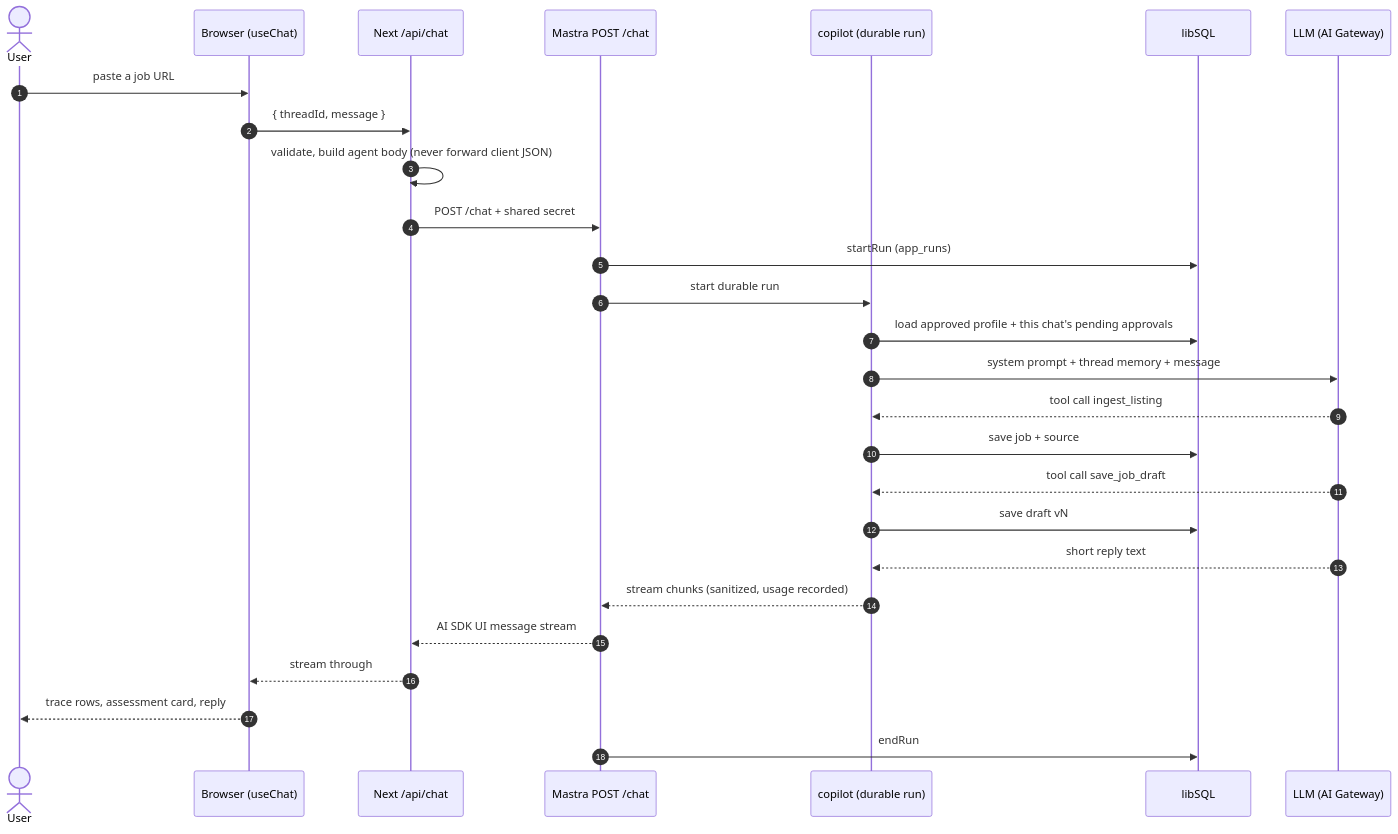
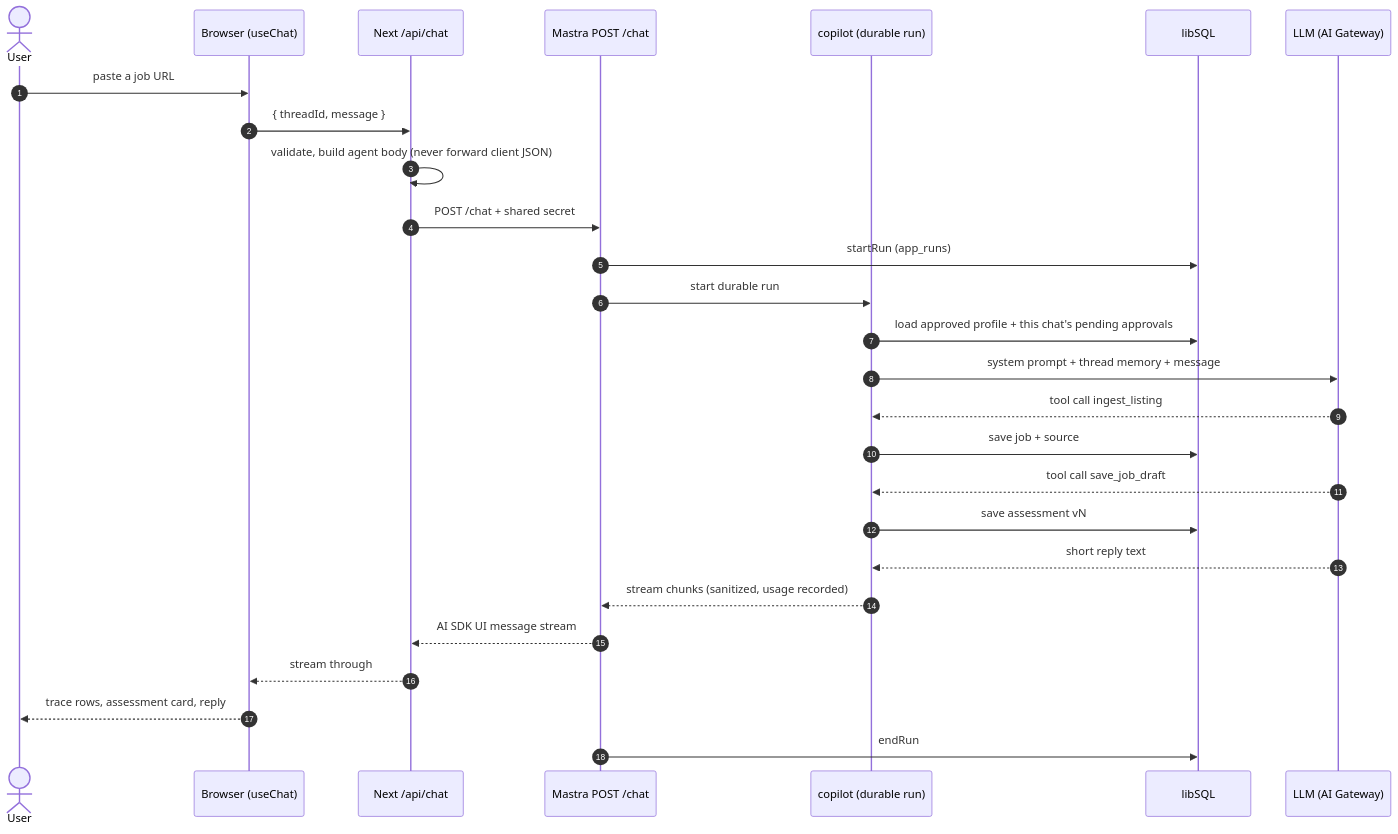
The second of 13 diagrams in docs/architecture.md (pppdns/job-agent-mastra), drawn with Mermaid before and after one commit. The commit also changed other lines of this file and 9 other files, not shown here.

````diff
--- a/docs/architecture.md
+++ b/docs/architecture.md
@@ -65,30 +65,30 @@
 ```mermaid
 sequenceDiagram
   autonumber
   actor U as User
   participant B as Browser (useChat)
   participant W as Next /api/chat
   participant A as Mastra POST /chat
   participant C as copilot (durable run)
   participant DB as libSQL
   participant L as LLM (AI Gateway)
 
   U->>B: paste a job URL
   B->>W: { threadId, message }
   W->>W: validate, build agent body (never forward client JSON)
   W->>A: POST /chat + shared secret
   A->>DB: startRun (app_runs)
   A->>C: start durable run
   C->>DB: load approved profile + this chat's pending approvals
   C->>L: system prompt + thread memory + message
   L-->>C: tool call ingest_listing
   C->>DB: save job + source
   L-->>C: tool call save_job_draft
-  C->>DB: save draft vN
+  C->>DB: save assessment vN
   L-->>C: short reply text
   C-->>A: stream chunks (sanitized, usage recorded)
   A-->>W: AI SDK UI message stream
   W-->>B: stream through
   B-->>U: trace rows, assessment card, reply
   A->>DB: endRun
 ```
````
